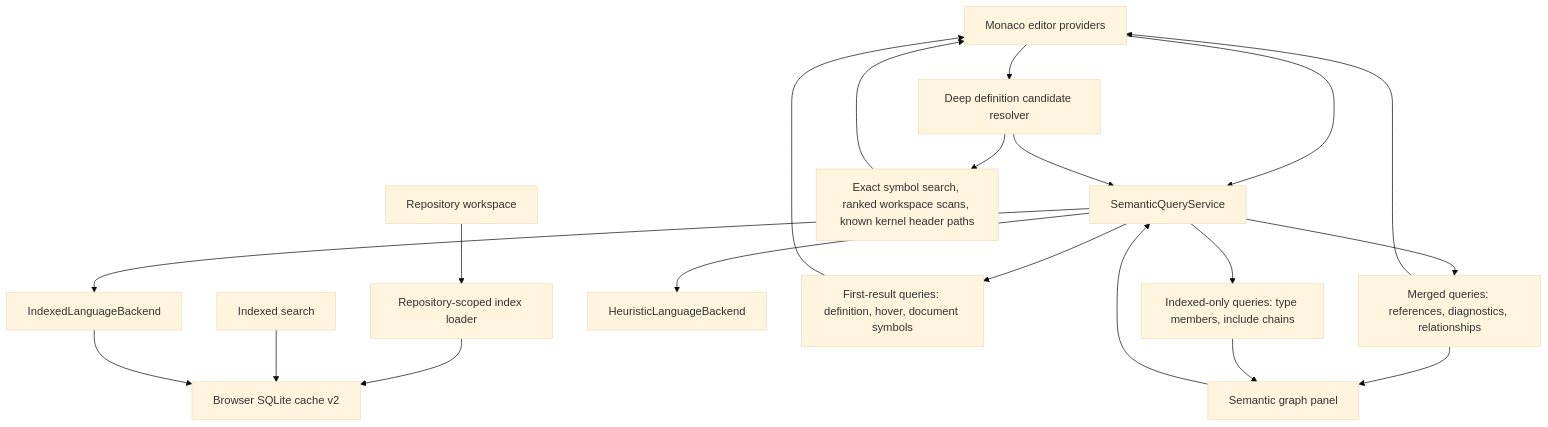
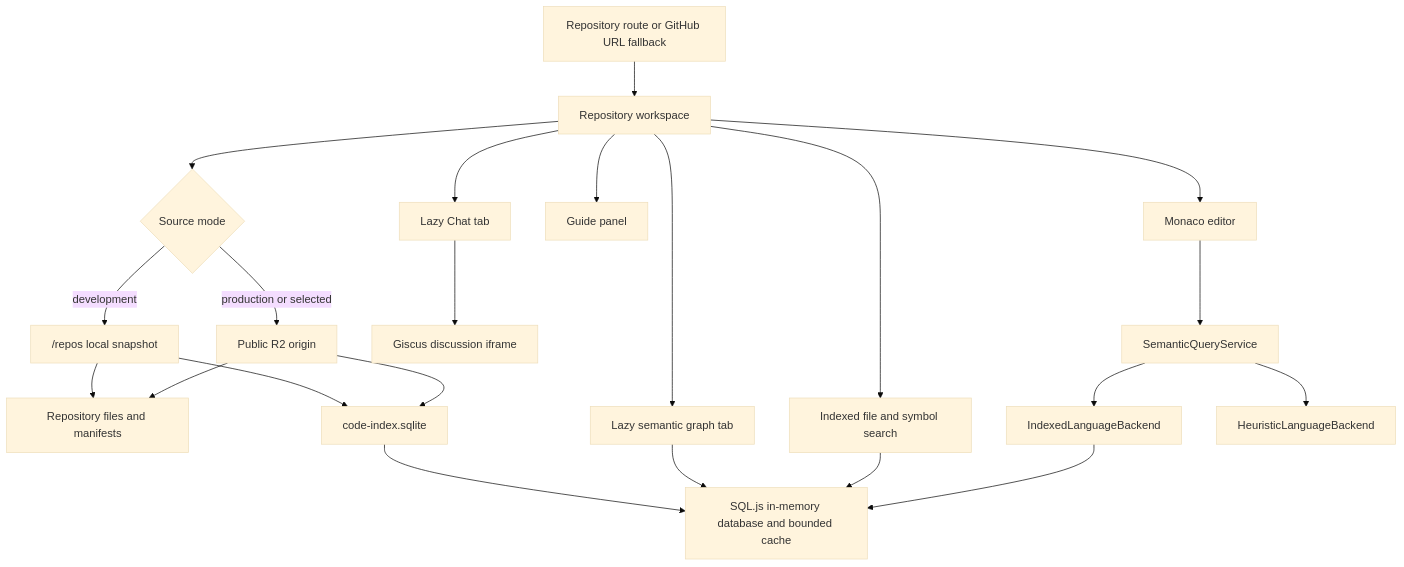
Before and after one commit to pkill37/gitshaman.com: the second of 3 diagrams in README.md, drawn with Mermaid (base theme). The commit also changed other lines of this file and 28 other files, not shown here.

````diff
--- a/README.md
+++ b/README.md
@@ -92,27 +99,26 @@
 ```mermaid
-graph TB
-  A["Repository workspace"] --> B["Repository-scoped index loader"]
-  B --> C["Browser SQLite cache v2"]
+flowchart TB
+  Route["Repository route or GitHub URL fallback"] --> Workspace["Repository workspace"]
+  Workspace --> Source{"Source mode"}
+  Source -->|development| Local["/repos local snapshot"]
+  Source -->|production or selected| R2["Public R2 origin"]
+  Local --> Files["Repository files and manifests"]
+  R2 --> Files
+  Local --> IndexFile["code-index.sqlite"]
+  R2 --> IndexFile
+  IndexFile --> SQLJS["SQL.js in-memory database and bounded cache"]
 
-  D["Monaco editor providers"] --> E["SemanticQueryService"]
-  F["Semantic graph panel"] --> E
-  G["Indexed search"] --> C
+  Workspace --> Editor["Monaco editor"]
+  Workspace --> Search["Indexed file and symbol search"]
+  Workspace --> Graph["Lazy semantic graph tab"]
+  Workspace --> Guide["Guide panel"]
+  Workspace --> Chat["Lazy Chat tab"]
+  Chat --> Giscus["Giscus discussion iframe"]
 
-  E --> H["IndexedLanguageBackend"]
-  E --> I["HeuristicLanguageBackend"]
-  H --> C
-
-  E --> J["First-result queries: definition, hover, document symbols"]
-  E --> K["Merged queries: references, diagnostics, relationships"]
-  E --> L["Indexed-only queries: type members, include chains"]
-
-  D --> M["Deep definition candidate resolver"]
-  M --> E
-  M --> N["Exact symbol search, ranked workspace scans, known kernel header paths"]
-
-  J --> D
-  K --> D
-  K --> F
-  L --> F
-  N --> D
+  Editor --> Service["SemanticQueryService"]
+  Graph --> SQLJS
+  Search --> SQLJS
+  Service --> Indexed["IndexedLanguageBackend"]
+  Service --> Heuristic["HeuristicLanguageBackend"]
+  Indexed --> SQLJS
 ```
````
